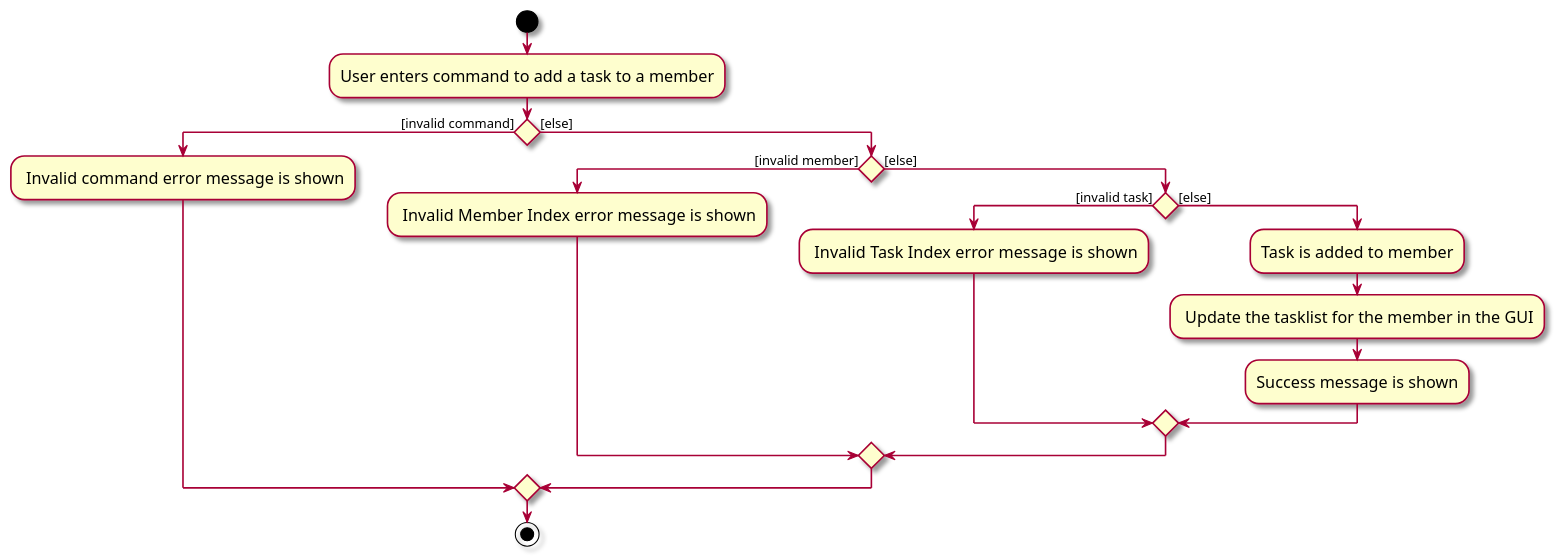
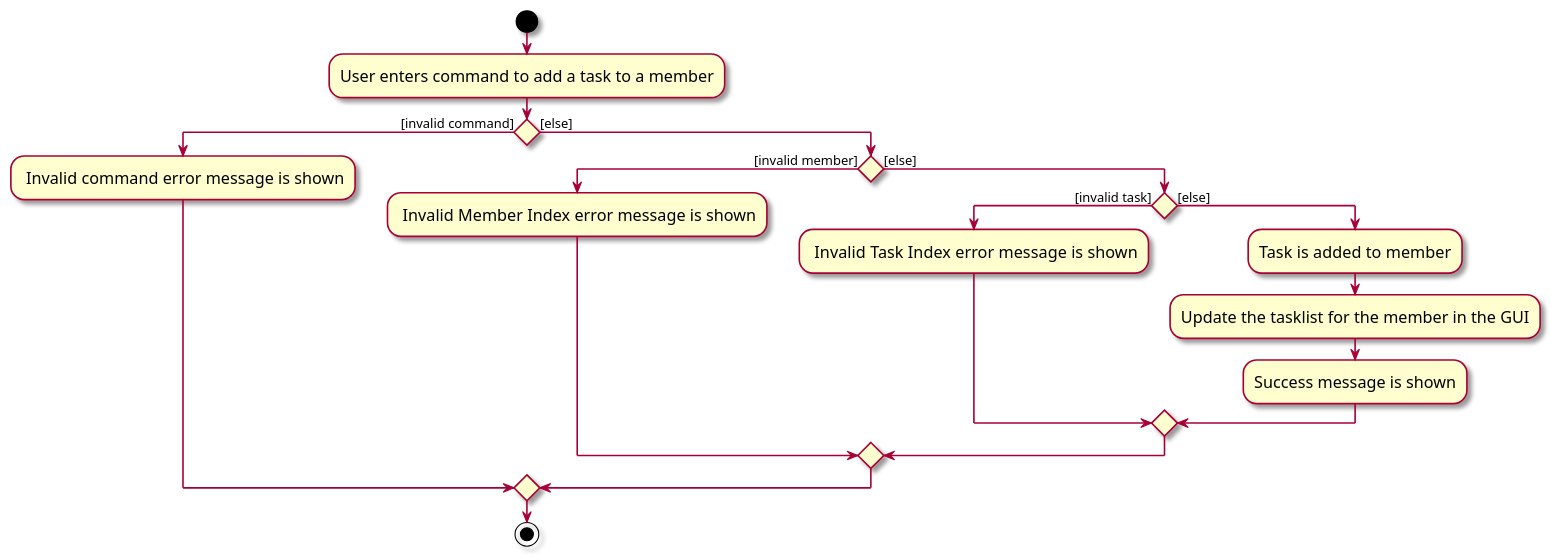
One commit to nus-cs2103-AY2324S1/tp changed the diagram in docs/diagrams/AddMemberTaskCommandActivityDiagram.puml. Above: the diagram before and after it, drawn with PlantUML.

Commit message:
Add message for updating tasklist

```diff
--- a/docs/diagrams/AddMemberTaskCommandActivityDiagram.puml
+++ b/docs/diagrams/AddMemberTaskCommandActivityDiagram.puml
@@ -1,24 +1,24 @@
 @startuml
 skin rose
 skinparam ActivityFontSize 15
 skinparam ArrowFontSize 12
 start
 :User enters command to add a task to a member;
 
 if () then ([invalid command])
     : Invalid command error message is shown;
 else ([else])
     if () then ([invalid member])
         : Invalid Member Index error message is shown;
     else ([else])
         if () then ([invalid task])
             : Invalid Task Index error message is shown;
         else ([else])
             :Task is added to member;
-            : Update the tasklist for the member in the GUI;
+            :Update the tasklist for the member in the GUI;
             :Success message is shown;
            endif
     endif
 endif
 stop
 @enduml
```
